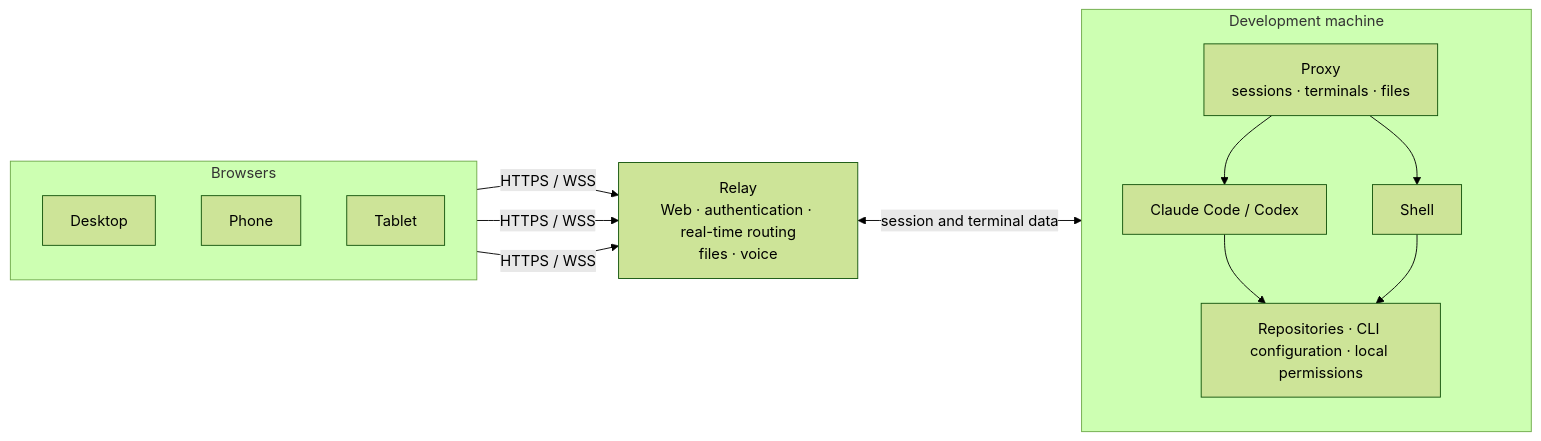
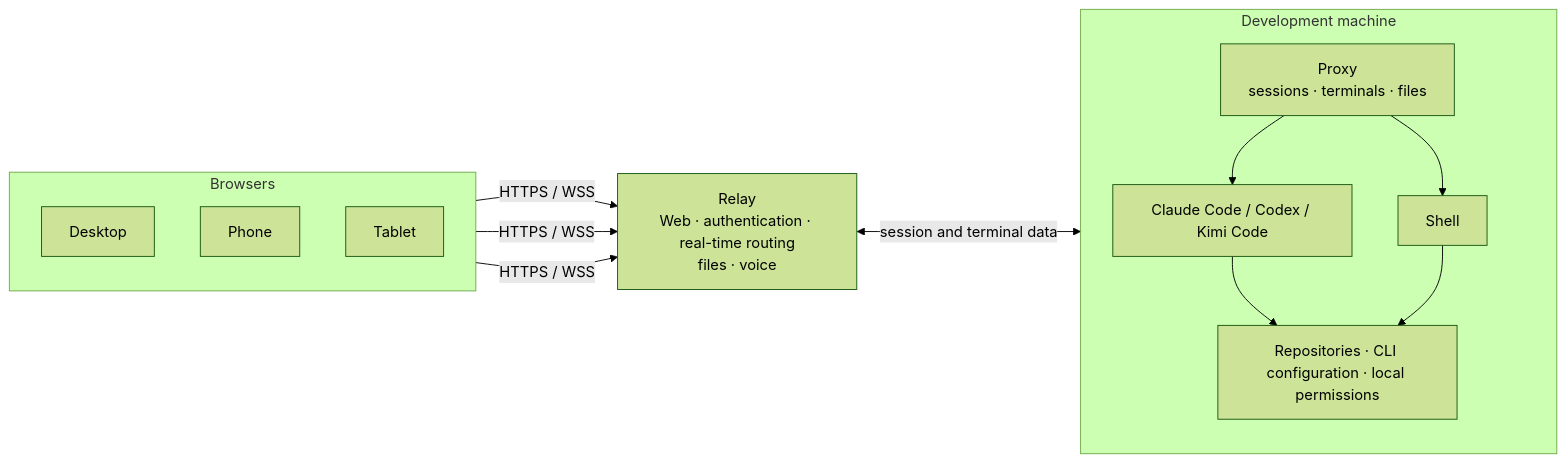
The diagram in README.en.md (lichenxicatapple-blip/dev-anywhere), drawn with Mermaid (forest theme) before and after one commit. The commit also changed other lines of this file and 114 other files, not shown here.

Commit message:
feat: add Kimi Code and offline device removal

````diff
--- a/README.en.md
+++ b/README.en.md
@@ -249,29 +255,29 @@
 ```mermaid
 flowchart LR
   subgraph clients["Browsers"]
     direction TB
     desktop["Desktop"]
     phone["Phone"]
     tablet["Tablet"]
   end
 
   relay["Relay<br/>Web · authentication · real-time routing<br/>files · voice"]
 
   subgraph machine["Development machine"]
     direction TB
     proxy["Proxy<br/>sessions · terminals · files"]
-    agent["Claude Code / Codex"]
+    agent["Claude Code / Codex / Kimi Code"]
     shell["Shell"]
     local["Repositories · CLI configuration · local permissions"]
 
     proxy --> agent
     proxy --> shell
     agent --> local
     shell --> local
   end
 
   desktop -->|"HTTPS / WSS"| relay
   phone -->|"HTTPS / WSS"| relay
   tablet -->|"HTTPS / WSS"| relay
   relay <-->|"session and terminal data"| proxy
 ```
````
